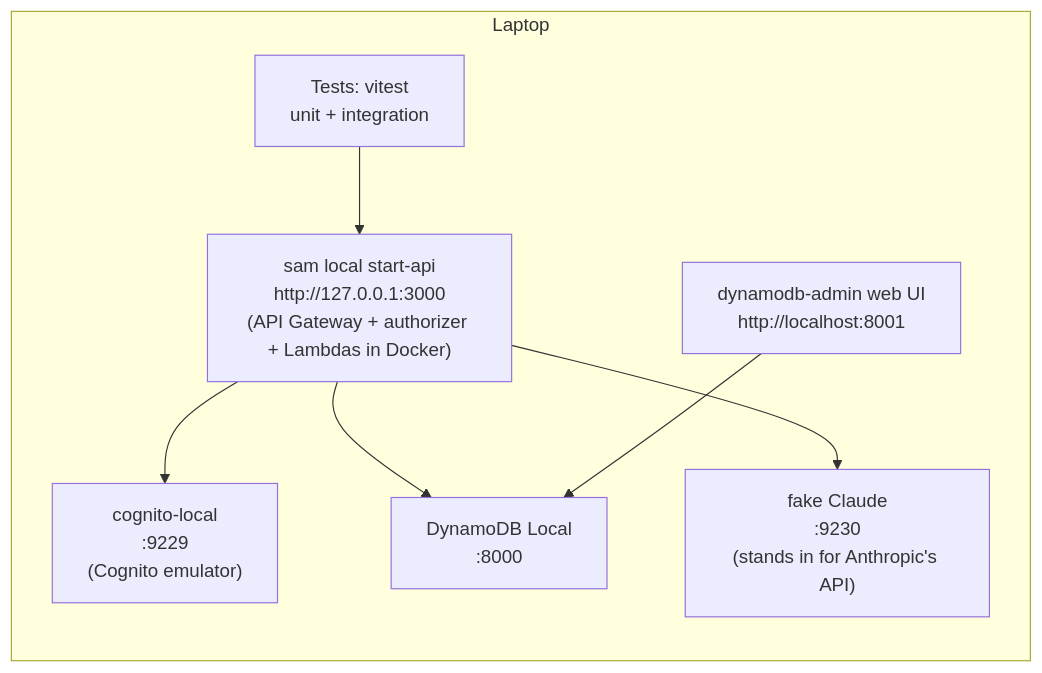
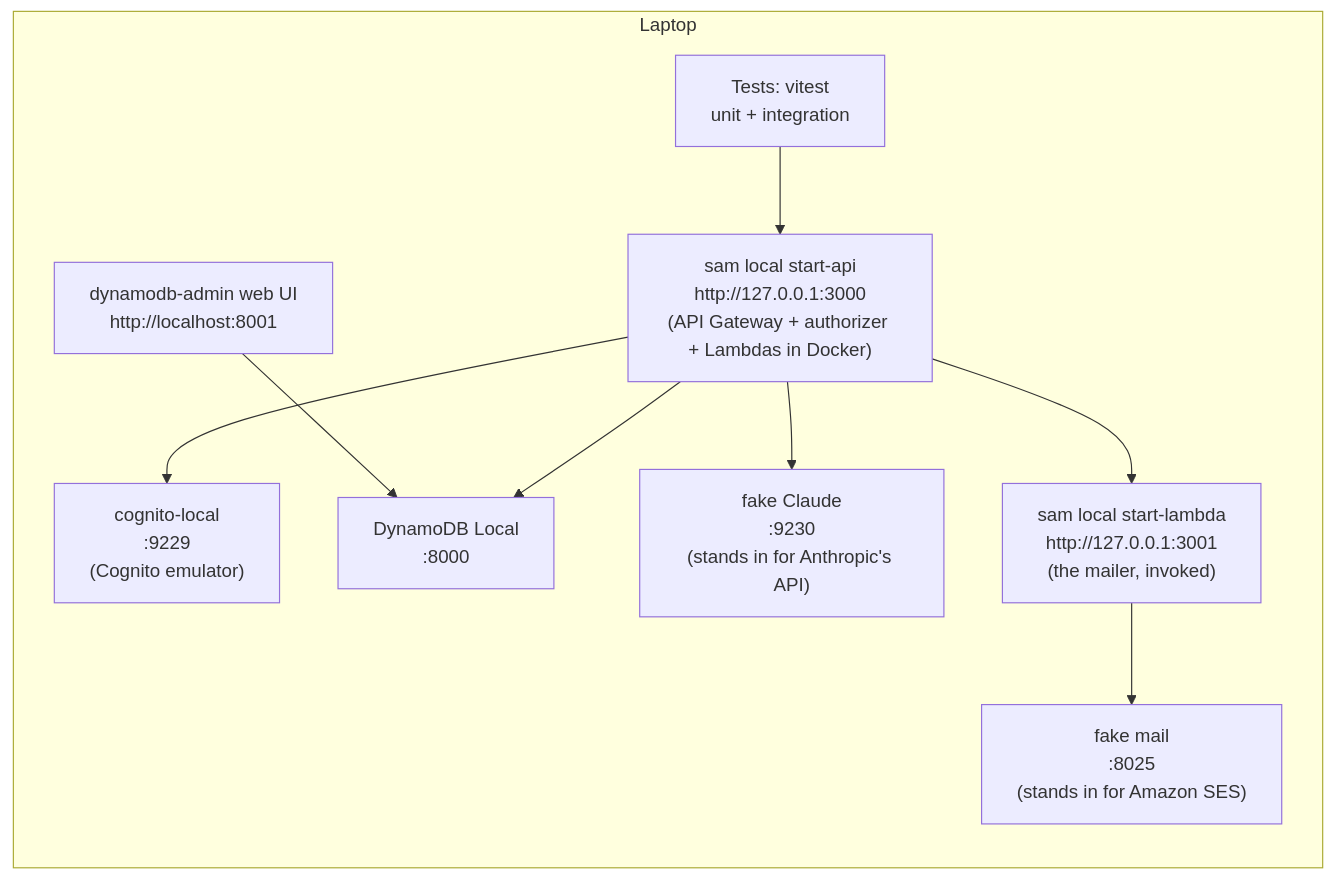
One commit to EnricoPicci/shared-calendar changed diagram 11 of 11 in docs/ARCHITECTURE.md. Above: the diagram before and after it, drawn with Mermaid. The commit also changed other lines of this file and 63 other files, not shown here.

````diff
--- a/docs/ARCHITECTURE.md
+++ b/docs/ARCHITECTURE.md
@@ -870,12 +894,14 @@
 ```mermaid
 %%{init: {'theme': 'default'}}%%
 flowchart LR
     subgraph Laptop
         T[Tests: vitest<br/>unit + integration] --> API
         API["sam local start-api<br/>http://127.0.0.1:3000<br/>(API Gateway + authorizer + Lambdas in Docker)"]
         API --> CL["cognito-local<br/>:9229<br/>(Cognito emulator)"]
         API --> DDB["DynamoDB Local<br/>:8000"]
         API --> FC["fake Claude<br/>:9230<br/>(stands in for Anthropic's API)"]
+        API --> LL["sam local start-lambda<br/>http://127.0.0.1:3001<br/>(the mailer, invoked)"]
+        LL --> FM["fake mail<br/>:8025<br/>(stands in for Amazon SES)"]
         UI["dynamodb-admin web UI<br/>http://localhost:8001"] --> DDB
     end
 ```
````
